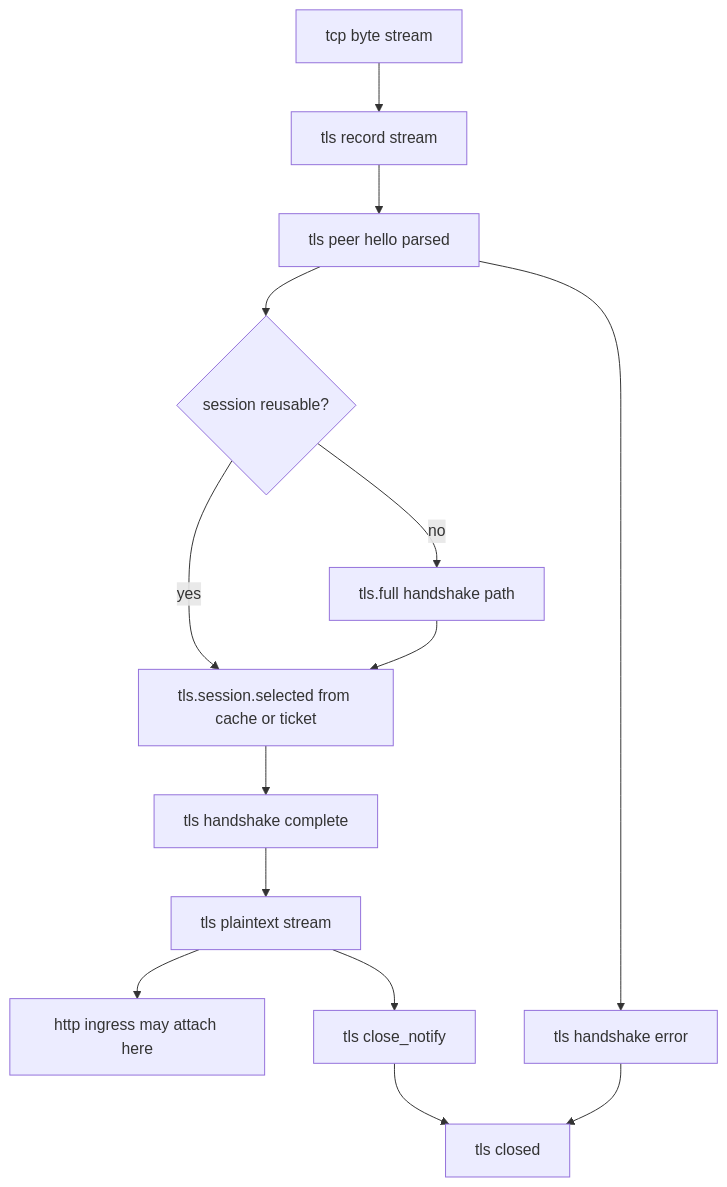
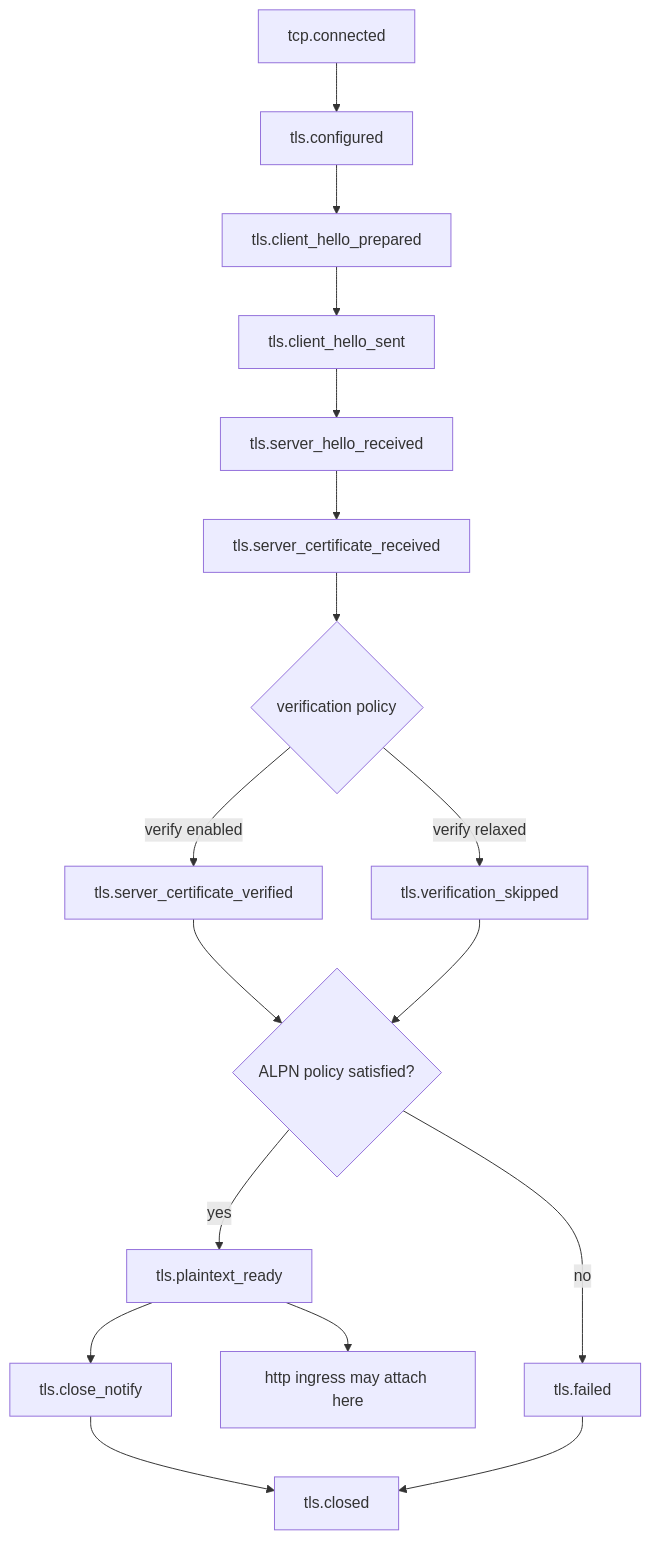
The second of 5 diagrams in pd-edge/README.md (rustscript-lang/rustscript), drawn with Mermaid before and after one commit. The commit also changed other lines of this file and 12 other files, not shown here.

````diff
--- a/pd-edge/README.md
+++ b/pd-edge/README.md
@@ -396,16 +419,19 @@
 ```mermaid
 flowchart TD
-    A[tcp byte stream] --> B[tls record stream]
-    B --> C[tls peer hello parsed]
-    C --> D{session reusable?}
-    D -->|yes| E[tls.session.selected from cache or ticket]
-    D -->|no| F[tls.full handshake path]
-    F --> E
-    E --> G[tls handshake complete]
-    G --> H[tls plaintext stream]
-    H --> I[http ingress may attach here]
-    H --> J[tls close_notify]
-    J --> K[tls closed]
-    C --> L[tls handshake error]
-    L --> K
+    A[tcp.connected] --> B[tls.configured]
+    B --> C[tls.client_hello_prepared]
+    C --> D[tls.client_hello_sent]
+    D --> E[tls.server_hello_received]
+    E --> F[tls.server_certificate_received]
+    F --> G{verification policy}
+    G -->|verify enabled| H[tls.server_certificate_verified]
+    G -->|verify relaxed| I[tls.verification_skipped]
+    H --> J{ALPN policy satisfied?}
+    I --> J
+    J -->|yes| K[tls.plaintext_ready]
+    J -->|no| L[tls.failed]
+    K --> M[http ingress may attach here]
+    K --> N[tls.close_notify]
+    N --> O[tls.closed]
+    L --> O
 ```
````
